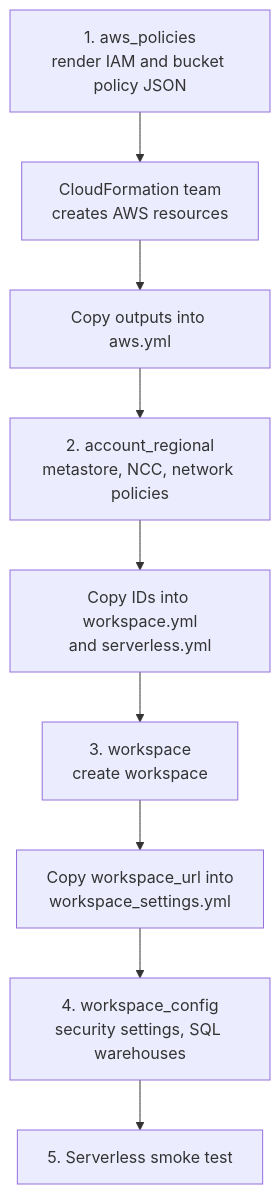
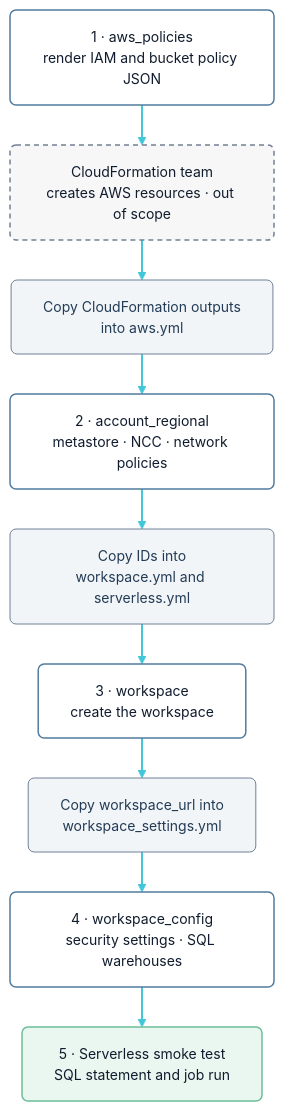
Before and after one commit to tanveer-singh-db/terraform_databricks_workspace_deployment_aws: the third of 3 diagrams in README.md, drawn with Mermaid. The commit also changed other lines of this file, not shown here.

Commit message:
docs: restyle README Mermaid diagrams with Arctic Signal design system

````diff
--- a/README.md
+++ b/README.md
@@ -63,11 +131,22 @@
 ```mermaid
+%%{init: {"theme": "base", "themeVariables": {"fontFamily": "Inter, Arial, Helvetica, sans-serif", "fontSize": "14px", "background": "#FFFFFF", "primaryColor": "#FFFFFF", "primaryTextColor": "#101C2D", "primaryBorderColor": "#D5E0E9", "lineColor": "#42C6D9", "edgeLabelBackground": "#FFFFFF"}, "flowchart": {"curve": "linear", "nodeSpacing": 32, "rankSpacing": 40, "padding": 16}}}%%
 flowchart TB
-    A["1. aws_policies<br/>render IAM and bucket policy JSON"] --> B["CloudFormation team<br/>creates AWS resources"]
-    B --> C["Copy outputs into aws.yml"]
-    C --> D["2. account_regional<br/>metastore, NCC, network policies"]
-    D --> E["Copy IDs into workspace.yml<br/>and serverless.yml"]
-    E --> F["3. workspace<br/>create workspace"]
-    F --> G["Copy workspace_url into<br/>workspace_settings.yml"]
-    G --> H["4. workspace_config<br/>security settings, SQL warehouses"]
-    H --> I["5. Serverless smoke test"]
+    S1["1 · aws_policies<br/>render IAM and bucket policy JSON"]:::tf
+    S2["CloudFormation team<br/>creates AWS resources · out of scope"]:::external
+    S3["Copy CloudFormation outputs<br/>into aws.yml"]:::manual
+    S4["2 · account_regional<br/>metastore · NCC · network policies"]:::tf
+    S5["Copy IDs into<br/>workspace.yml and serverless.yml"]:::manual
+    S6["3 · workspace<br/>create the workspace"]:::tf
+    S7["Copy workspace_url into<br/>workspace_settings.yml"]:::manual
+    S8["4 · workspace_config<br/>security settings · SQL warehouses"]:::tf
+    S9["5 · Serverless smoke test<br/>SQL statement and job run"]:::healthy
+
+    S1 --> S2 --> S3 --> S4 --> S5 --> S6 --> S7 --> S8 --> S9
+
+    classDef tf fill:#FFFFFF,stroke:#527C9F,stroke-width:1.5px,color:#101C2D,rx:6,ry:6
+    classDef manual fill:#F1F5F8,stroke:#718096,stroke-width:1px,color:#233B55,rx:6,ry:6
+    classDef external fill:#F7F7F7,stroke:#718096,stroke-width:1.5px,stroke-dasharray:5 4,color:#101C2D,rx:6,ry:6
+    classDef healthy fill:#EAF6F0,stroke:#6CBF98,stroke-width:1.5px,color:#101C2D,rx:6,ry:6
+
+    linkStyle default stroke:#42C6D9,stroke-width:2px
 ```
````
